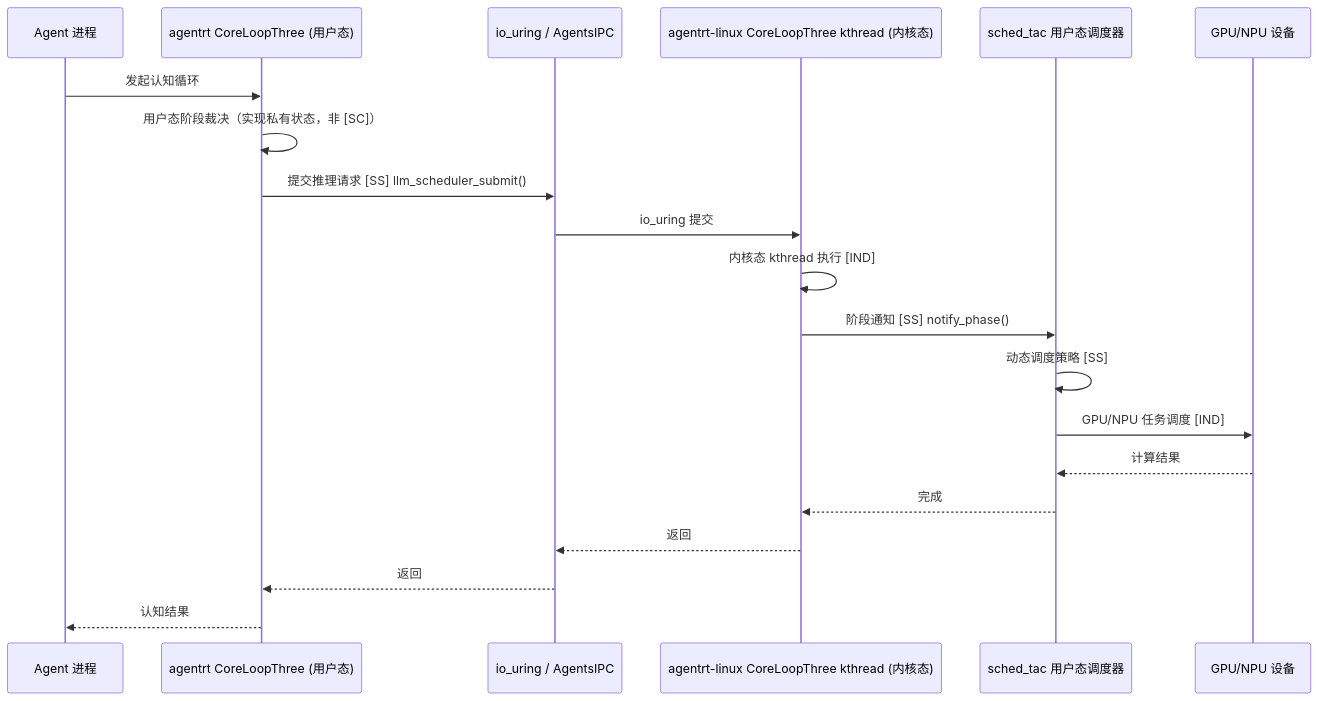
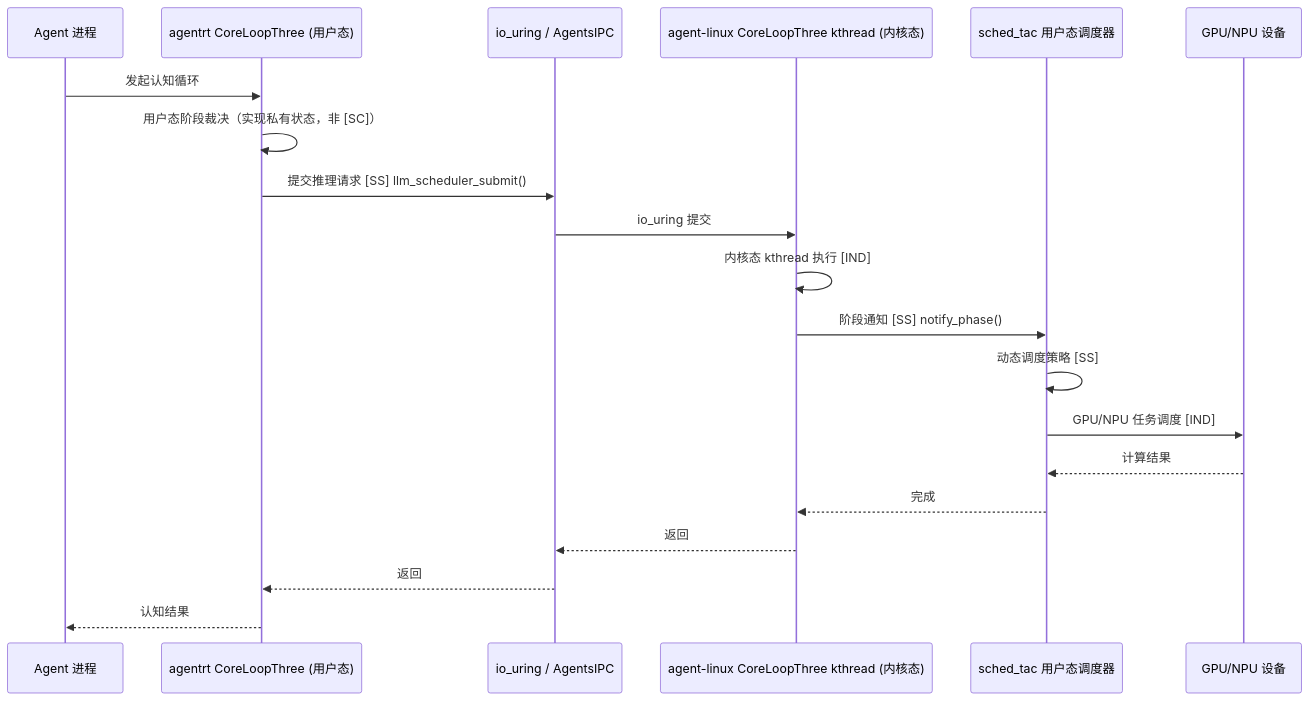
One commit to openairymax/docs-linux changed the third of 3 diagrams in 20-modules/05-cognition.md. Above: the diagram before and after it, drawn with Mermaid. The commit also changed other lines of this file and 172 other files, not shown here.

Commit message:
docs: rename agentrt-linux to agent-linux across docs v0.1.3 双工程结构：agentrt-linux 改名 agent-linux。docs 全仓 186 个 文件中的 agentrt-linux 引用统一为 agent-linux（AirymaxOS 工程名/ URL/路径引用；commit hash 与历史不变）。

````diff
--- a/20-modules/05-cognition.md
+++ b/20-modules/05-cognition.md
@@ -607,23 +607,23 @@
 ```mermaid
 sequenceDiagram
     participant AGENT as Agent 进程
     participant CLT_U as agentrt CoreLoopThree (用户态)
     participant IPC as io_uring / AgentsIPC
-    participant CLT_K as agentrt-linux CoreLoopThree kthread (内核态)
+    participant CLT_K as agent-linux CoreLoopThree kthread (内核态)
     participant SCHED as sched_tac 用户态调度器
     participant GPU as GPU/NPU 设备
 
     AGENT->>CLT_U: 发起认知循环
     CLT_U->>CLT_U: 用户态阶段裁决（实现私有状态，非 [SC]）
     CLT_U->>IPC: 提交推理请求 [SS] llm_scheduler_submit()
     IPC->>CLT_K: io_uring 提交
     CLT_K->>CLT_K: 内核态 kthread 执行 [IND]
     CLT_K->>SCHED: 阶段通知 [SS] notify_phase()
     SCHED->>SCHED: 动态调度策略 [SS]
     SCHED->>GPU: GPU/NPU 任务调度 [IND]
     GPU-->>SCHED: 计算结果
     SCHED-->>CLT_K: 完成
     CLT_K-->>IPC: 返回
     IPC-->>CLT_U: 返回
     CLT_U-->>AGENT: 认知结果
 ```
````
